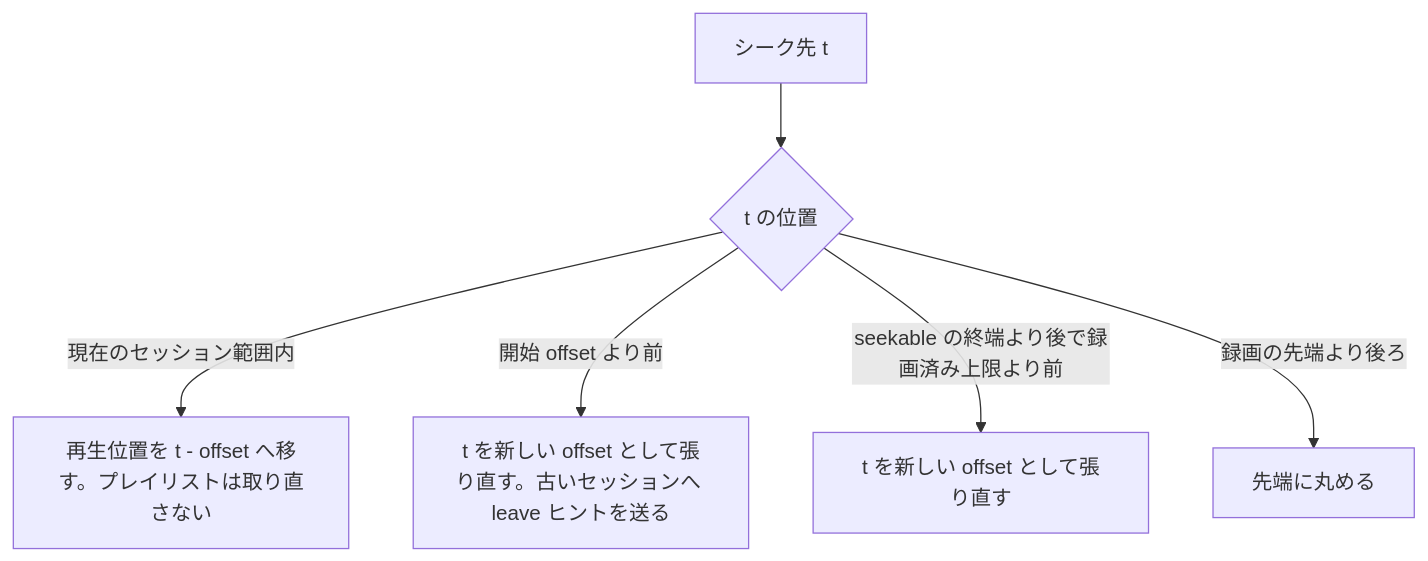
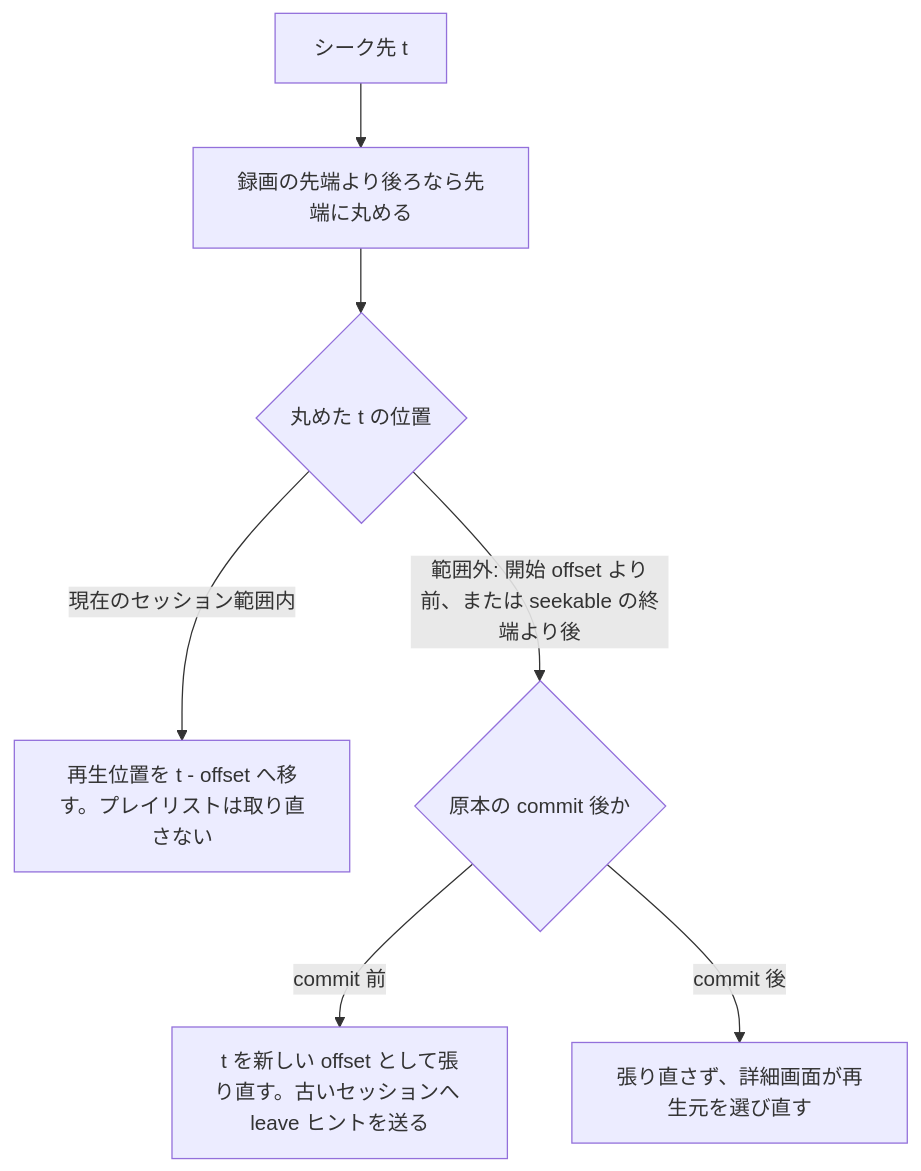
One commit to fetburner/rokuban changed the diagram in docs/frontend/live/overview.md. Above: the diagram before and after it, drawn with Mermaid. The commit also changed other lines of this file and 4 other files, not shown here.

````diff
--- a/docs/frontend/live/overview.md
+++ b/docs/frontend/live/overview.md
@@ -111,8 +111,9 @@
 ```mermaid
 flowchart TD
-  A[シーク先 t] --> B{t の位置}
-  B -->|現在のセッション範囲内| C[再生位置を t - offset へ移す。プレイリストは取り直さない]
-  B -->|開始 offset より前| D[t を新しい offset として張り直す。古いセッションへ leave ヒントを送る]
-  B -->|seekable の終端より後で録画済み上限より前| E[t を新しい offset として張り直す]
-  B -->|録画の先端より後ろ| F[先端に丸める]
+  A[シーク先 t] --> B[録画の先端より後ろなら先端に丸める]
+  B --> C{丸めた t の位置}
+  C -->|現在のセッション範囲内| D[再生位置を t - offset へ移す。プレイリストは取り直さない]
+  C -->|範囲外: 開始 offset より前、または seekable の終端より後| E{原本の commit 後か}
+  E -->|commit 前| F[t を新しい offset として張り直す。古いセッションへ leave ヒントを送る]
+  E -->|commit 後| G[張り直さず、詳細画面が再生元を選び直す]
 ```
````
